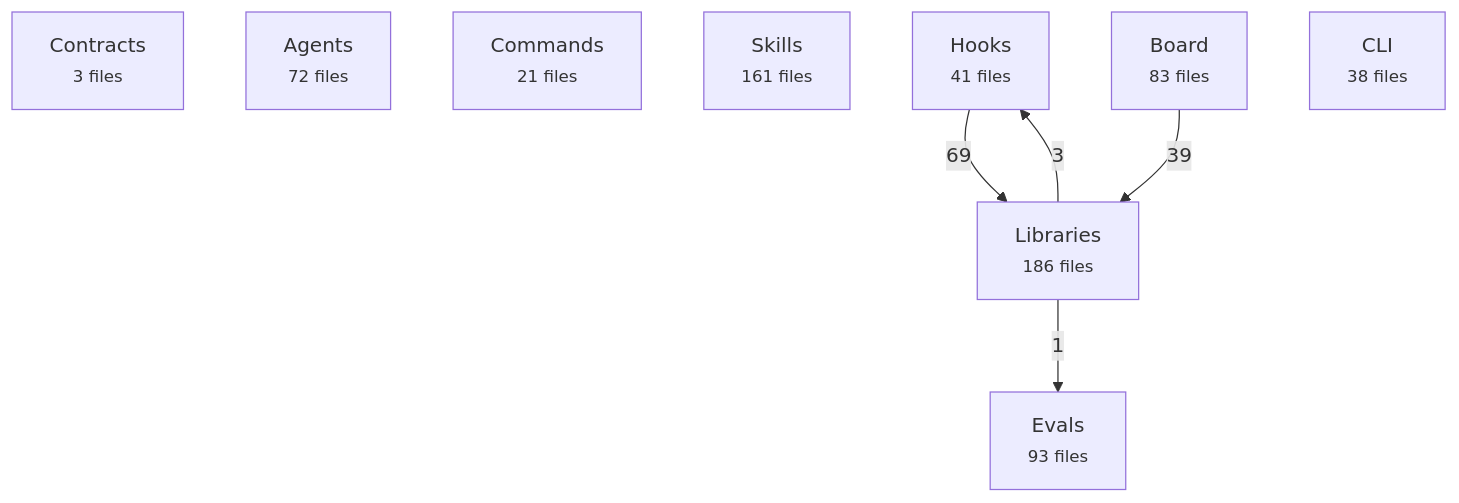
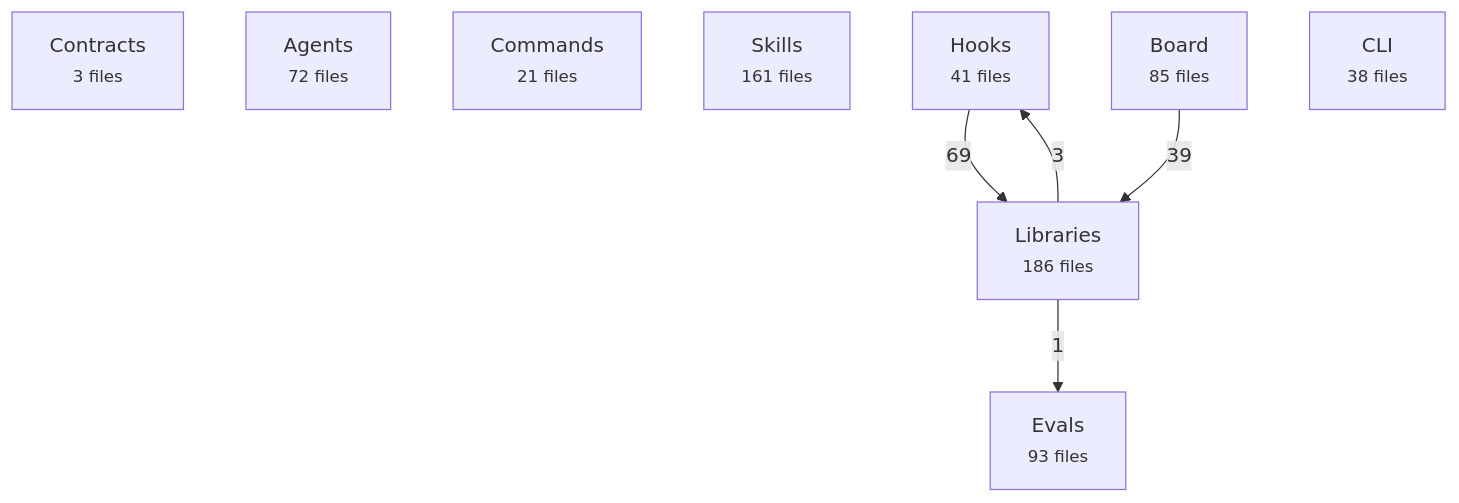
The first of 2 diagrams in docs/reference/architecture-map.md (avelikiy/great_cto), drawn with Mermaid before and after one commit. The commit also changed other lines of this file and 11 other files, not shown here.

````diff
--- a/docs/reference/architecture-map.md
+++ b/docs/reference/architecture-map.md
@@ -20,16 +20,16 @@
 ```mermaid
 flowchart TD
   contracts["Contracts<br/><small>3 files</small>"]
   agents["Agents<br/><small>72 files</small>"]
   commands["Commands<br/><small>21 files</small>"]
   skills["Skills<br/><small>161 files</small>"]
   hooks["Hooks<br/><small>41 files</small>"]
   libs["Libraries<br/><small>186 files</small>"]
-  board["Board<br/><small>83 files</small>"]
+  board["Board<br/><small>85 files</small>"]
   cli["CLI<br/><small>38 files</small>"]
   evals["Evals<br/><small>93 files</small>"]
   hooks -->|69| libs
   board -->|39| libs
   libs -->|3| hooks
   libs -->|1| evals
 ```
````
